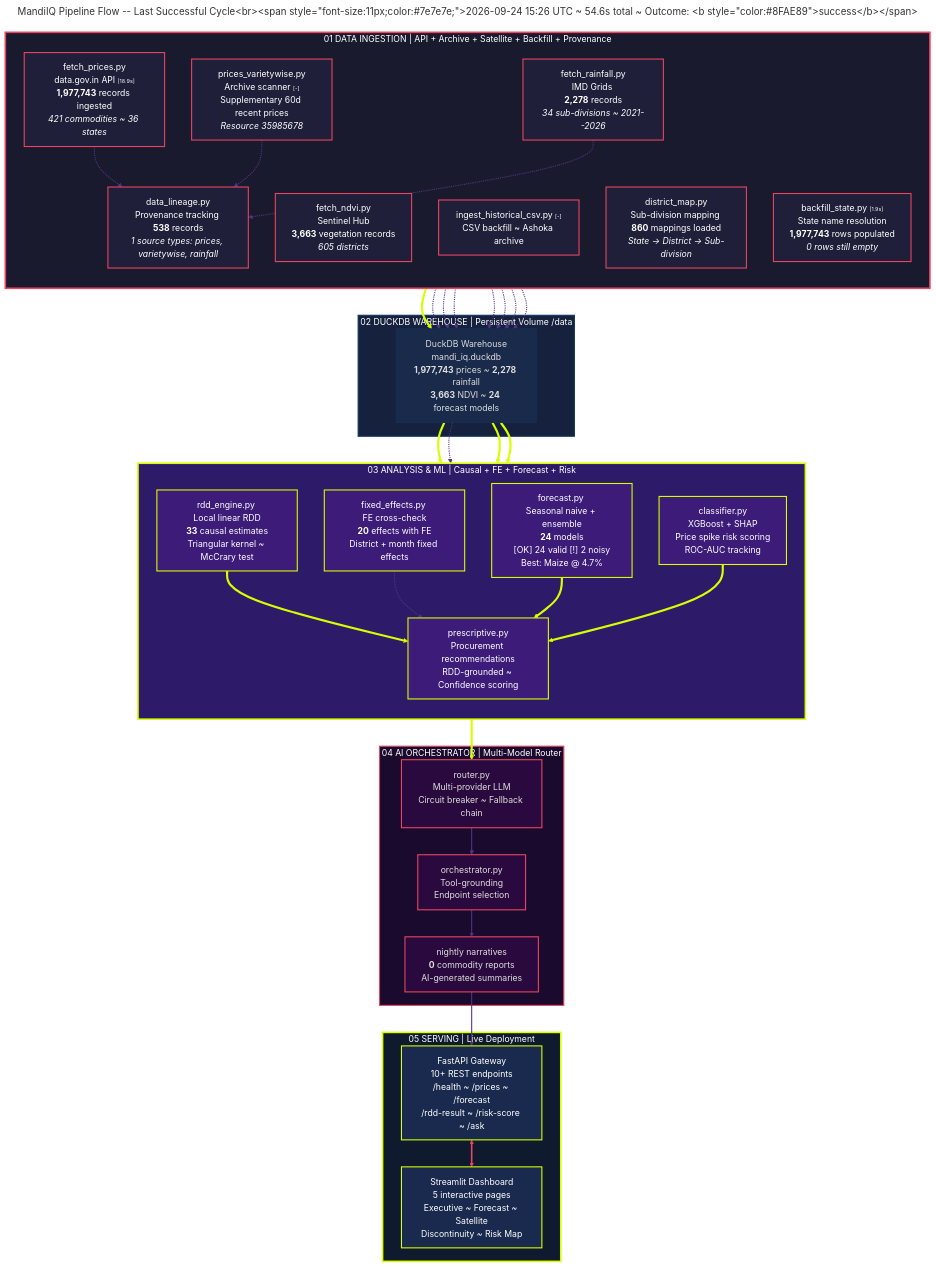
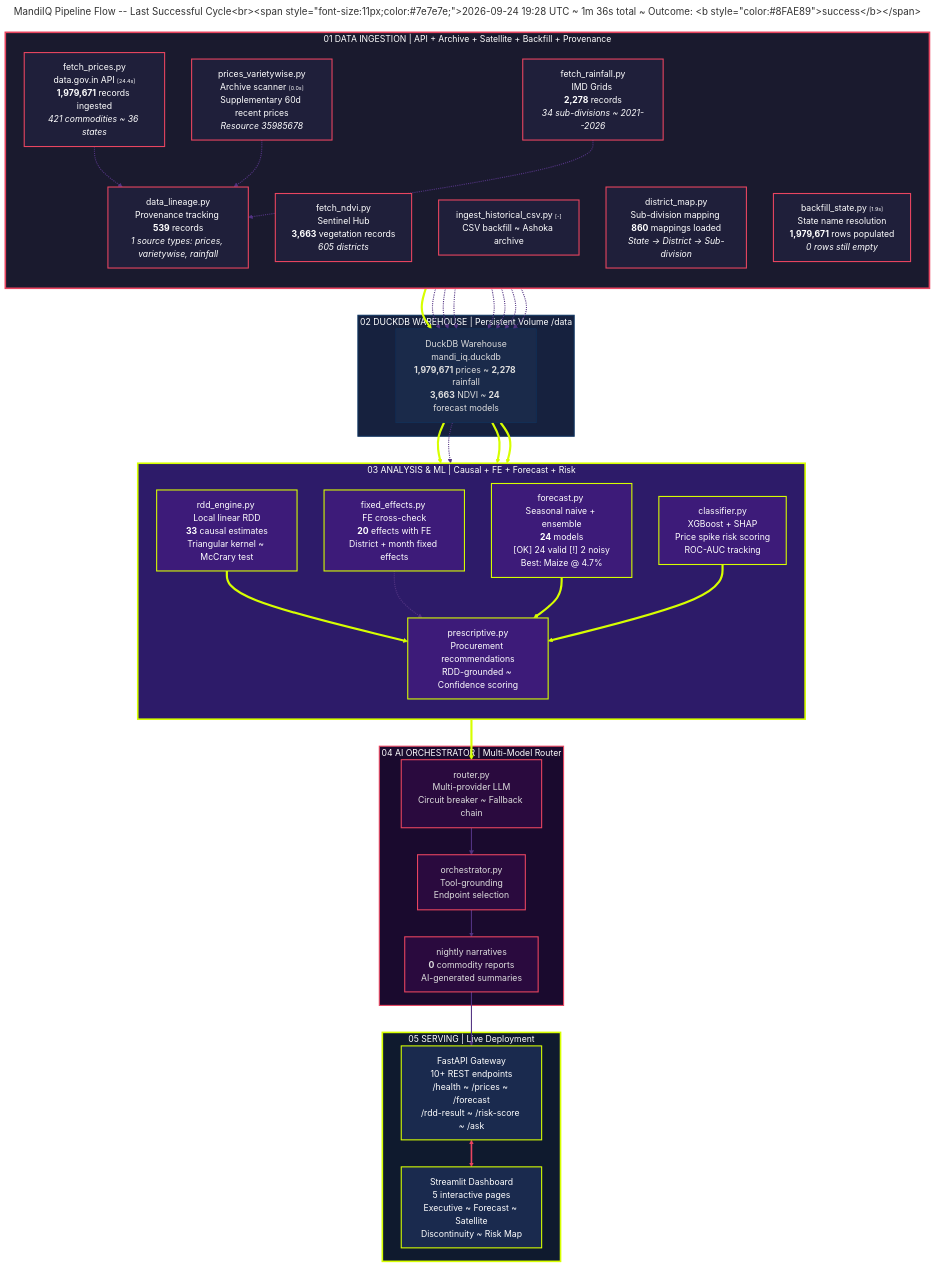
One commit to flawsom/test-mandi changed the diagram in diagrams/pipeline-flow-live.mmd. Above: the diagram before and after it, drawn with Mermaid. The commit also changed 6 other files, not shown here.

```diff
--- a/diagrams/pipeline-flow-live.mmd
+++ b/diagrams/pipeline-flow-live.mmd
@@ -1,139 +1,139 @@
 ---
-title: "MandiIQ Pipeline Flow -- Last Successful Cycle<br/><span style='font-size:11px;color:#7e7e7e;'>2026-09-24 15:26 UTC ~ 54.6s total ~ Outcome: <b style='color:#8FAE89'>success</b></span>"
+title: "MandiIQ Pipeline Flow -- Last Successful Cycle<br/><span style='font-size:11px;color:#7e7e7e;'>2026-09-24 19:28 UTC ~ 1m 36s total ~ Outcome: <b style='color:#8FAE89'>success</b></span>"
 ---
 %%{init: {
   "theme": "dark",
   "themeVariables": {
     "primaryColor": "#1a1a2e",
     "primaryTextColor": "#ffffff",
     "primaryBorderColor": "#d7ff00",
     "lineColor": "#d7ff00",
     "secondaryColor": "#16213e",
     "tertiaryColor": "#0f3460",
     "mainBkg": "#0d0d1a",
     "nodeBorder": "#533483",
     "clusterBkg": "#0a0a12",
     "clusterBorder": "#2a2a4a",
     "titleColor": "#d7ff00",
     "edgeLabelBackground": "#0d0d1a",
     "nodeTextColor": "#ffffff",
     "fontFamily": "\"Space Grotesk\", \"Inter\", sans-serif"
   },
   "flowchart": {
     "useMaxWidth": true,
     "htmlLabels": true,
     "curve": "basis",
     "padding": 20
   }
 }%%
 flowchart TD
     %% Stage 1: DATA INGESTION
     subgraph S1["01 DATA INGESTION  | API + Archive + Satellite + Backfill + Provenance"]
         direction TB
-        A1["fetch_prices.py<br/>data.gov.in API <span style='color:#7e7e7e;font-size:10px;'>[18.9s]</span><br/><b>1,977,743</b> records ingested<br/><i>421 commodities ~ 36 states</i>"]
-        A2["prices_varietywise.py<br/>Archive scanner <span style='color:#7e7e7e;font-size:10px;'>[-]</span><br/>Supplementary 60d recent prices<br/><i>Resource 35985678</i>"]
+        A1["fetch_prices.py<br/>data.gov.in API <span style='color:#7e7e7e;font-size:10px;'>[24.4s]</span><br/><b>1,979,671</b> records ingested<br/><i>421 commodities ~ 36 states</i>"]
+        A2["prices_varietywise.py<br/>Archive scanner <span style='color:#7e7e7e;font-size:10px;'>[0.0s]</span><br/>Supplementary 60d recent prices<br/><i>Resource 35985678</i>"]
         A3["fetch_rainfall.py<br/>IMD Grids <br/><b>2,278</b> records<br/><i>34 sub-divisions ~ 2021--2026</i>"]
         A4["fetch_ndvi.py<br/>Sentinel Hub <br/><b>3,663</b> vegetation records<br/><i>605 districts</i>"]
         A5["ingest_historical_csv.py <span style='color:#7e7e7e;font-size:10px;'>[-]</span><br/>CSV backfill ~ Ashoka archive"]
         A6["district_map.py<br/>Sub-division mapping <br/><b>860</b> mappings loaded<br/><i>State -> District -> Sub-division</i>"]
-        A7["backfill_state.py <span style='color:#7e7e7e;font-size:10px;'>[1.9s]</span><br/>State name resolution<br/><b>1,977,743</b> rows populated<br/><i>0 rows still empty</i>"]
-        A8["data_lineage.py<br/>Provenance tracking <br/><b>538</b> records<br/><i>1 source types: prices, varietywise, rainfall</i>"]
+        A7["backfill_state.py <span style='color:#7e7e7e;font-size:10px;'>[1.9s]</span><br/>State name resolution<br/><b>1,979,671</b> rows populated<br/><i>0 rows still empty</i>"]
+        A8["data_lineage.py<br/>Provenance tracking <br/><b>539</b> records<br/><i>1 source types: prices, varietywise, rainfall</i>"]
     end
 
     %% Stage 2: DUCKDB WAREHOUSE
     subgraph S2["02 DUCKDB WAREHOUSE  | Persistent Volume /data"]
-        B1["DuckDB Warehouse<br/>mandi_iq.duckdb<br/><b>1,977,743</b> prices ~ <b>2,278</b> rainfall<br/><b>3,663</b> NDVI ~ <b>24</b> forecast models"]
+        B1["DuckDB Warehouse<br/>mandi_iq.duckdb<br/><b>1,979,671</b> prices ~ <b>2,278</b> rainfall<br/><b>3,663</b> NDVI ~ <b>24</b> forecast models"]
     end
 
     %% Stage 3: ANALYSIS & ML
     subgraph S3["03 ANALYSIS & ML  | Causal + FE + Forecast + Risk"]
         direction TB
         C1["rdd_engine.py <br/>Local linear RDD<br/><b>33</b> causal estimates<br/>Triangular kernel ~ McCrary test"]
         C2["fixed_effects.py <br/>FE cross-check<br/><b>20</b> effects with FE<br/>District + month fixed effects"]
         C3["forecast.py <br/>Seasonal naive + ensemble<br/><b>24</b> models<br/><span style='color:#8FAE89'>[OK] 24 valid</span> <span style='color:#D9663B'>[!] 2 noisy</span><br/>Best: Maize @ 4.7%"]
         C4["classifier.py <br/>XGBoost + SHAP<br/>Price spike risk scoring<br/>ROC-AUC tracking"]
         C5["prescriptive.py<br/>Procurement recommendations<br/>RDD-grounded ~ Confidence scoring"]
     end
 
     %% Stage 4: AI ORCHESTRATOR
     subgraph S4["04 AI ORCHESTRATOR  | Multi-Model Router"]
         D1["router.py<br/>Multi-provider LLM<br/>Circuit breaker ~ Fallback chain"]
         D2["orchestrator.py<br/>Tool-grounding<br/>Endpoint selection"]
         D3["nightly narratives<br/><b>0</b> commodity reports<br/>AI-generated summaries"]
     end
 
     %% Stage 5: SERVING
     subgraph S5["05 SERVING  | Live Deployment"]
         E1["FastAPI Gateway<br/>10+ REST endpoints<br/>/health ~ /prices ~ /forecast<br/>/rdd-result ~ /risk-score ~ /ask"]
         E2["Streamlit Dashboard<br/>5 interactive pages<br/>Executive ~ Forecast ~ Satellite<br/>Discontinuity ~ Risk Map"]
     end
 
     %% Main flow: ingestion -> warehouse
     A1 ==> B1
     A2 -.-> B1
     A3 -.-> B1
     A4 -.-> B1
     A5 -.-> B1
     A6 -.-> B1
     A7 -.-> B1
 
     %% Main flow: ingestion -> provenance tracking
     A1 -.-> A8
     A2 -.-> A8
     A3 -.-> A8
     A8 -.-> B1
 
     %% Main flow: warehouse -> analysis
     B1 ==> C1
     B1 -.-> C2
     B1 ==> C3
     B1 ==> C4
 
     %% Main flow: analysis -> prescriptive -> AI
     C1 ==> C5
     C2 -.-> C5
     C3 ==> C5
     C4 ==> C5
 
     C5 ==> D1
     D1 ==> D2
     D2 ==> D3
     D3 ==> E1
 
     E1 <==> E2
 
     %% Edge styling: thick = primary path
     linkStyle 0,11,13,14,15,17,18,19 stroke-width:4px,stroke:#d7ff00,fill:none
     linkStyle 1,2,3,4,5,6,7,8,9,10,12,16,20,21,22 stroke-width:2px,stroke:#533483,fill:none
     linkStyle 23 stroke-width:3px,stroke:#e94560,fill:none
 
     %% Stage classes
     classDef stage1 fill:#1a1a2e,stroke:#e94560,stroke-width:3px,color:#fff
     classDef stage1Node fill:#1f1f3a,stroke:#e94560,stroke-width:2px,color:#fff
 
     classDef stage2 fill:#16213e,stroke:#0f3460,stroke-width:2px,color:#fff
     classDef stage2Node fill:#1a2a4a,stroke:#0f3460,stroke-width:1px,color:#ddd
 
     classDef stage3 fill:#2d1b69,stroke:#d7ff00,stroke-width:3px,color:#fff
     classDef stage3Node fill:#3d1b79,stroke:#d7ff00,stroke-width:2px,color:#fff
 
     classDef stage4 fill:#1a0a2e,stroke:#e94560,stroke-width:2px,color:#fff
     classDef stage4Node fill:#2a0a3e,stroke:#e94560,stroke-width:2px,color:#ddd
 
     classDef stage5 fill:#0f1a2e,stroke:#d7ff00,stroke-width:3px,color:#fff
     classDef stage5Node fill:#1a2a4e,stroke:#d7ff00,stroke-width:2px,color:#fff
 
     class S1 stage1
     class A1,A2,A3,A4,A5,A6,A7,A8 stage1Node
 
     class S2 stage2
     class B1 stage2Node
 
     class S3 stage3
     class C1,C2,C3,C4,C5 stage3Node
 
     class S4 stage4
     class D1,D2,D3 stage4Node
 
     class S5 stage5
     class E1,E2 stage5Node
```
